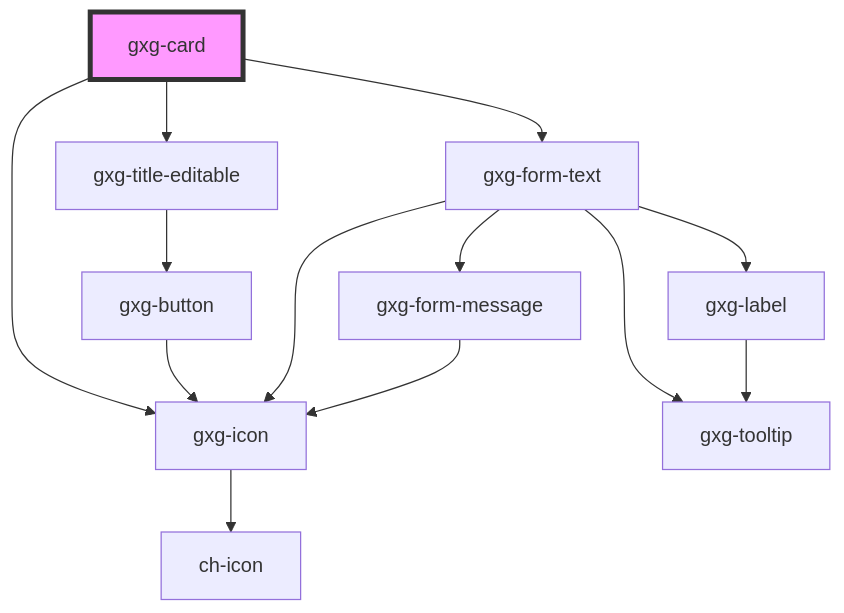
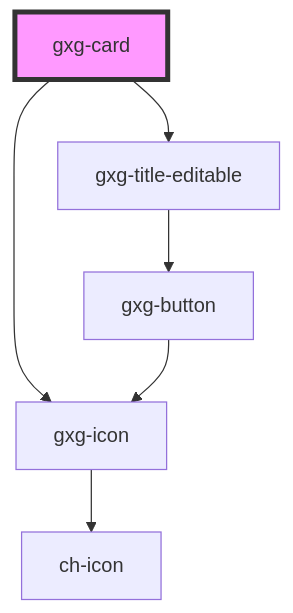
The diagram in src/components/card/readme.md (genexuslabs/gemini), drawn with Mermaid before and after one commit. The commit also changed other lines of this file and 4 other files, not shown here.

````diff
--- a/src/components/card/readme.md
+++ b/src/components/card/readme.md
@@ -57,16 +55,9 @@
 ```mermaid
 graph TD;
   gxg-card --> gxg-icon
   gxg-card --> gxg-title-editable
-  gxg-card --> gxg-form-text
   gxg-icon --> ch-icon
   gxg-title-editable --> gxg-button
   gxg-button --> gxg-icon
-  gxg-form-text --> gxg-icon
-  gxg-form-text --> gxg-label
-  gxg-form-text --> gxg-form-message
-  gxg-form-text --> gxg-tooltip
-  gxg-label --> gxg-tooltip
-  gxg-form-message --> gxg-icon
   style gxg-card fill:#f9f,stroke:#333,stroke-width:4px
 ```
````
